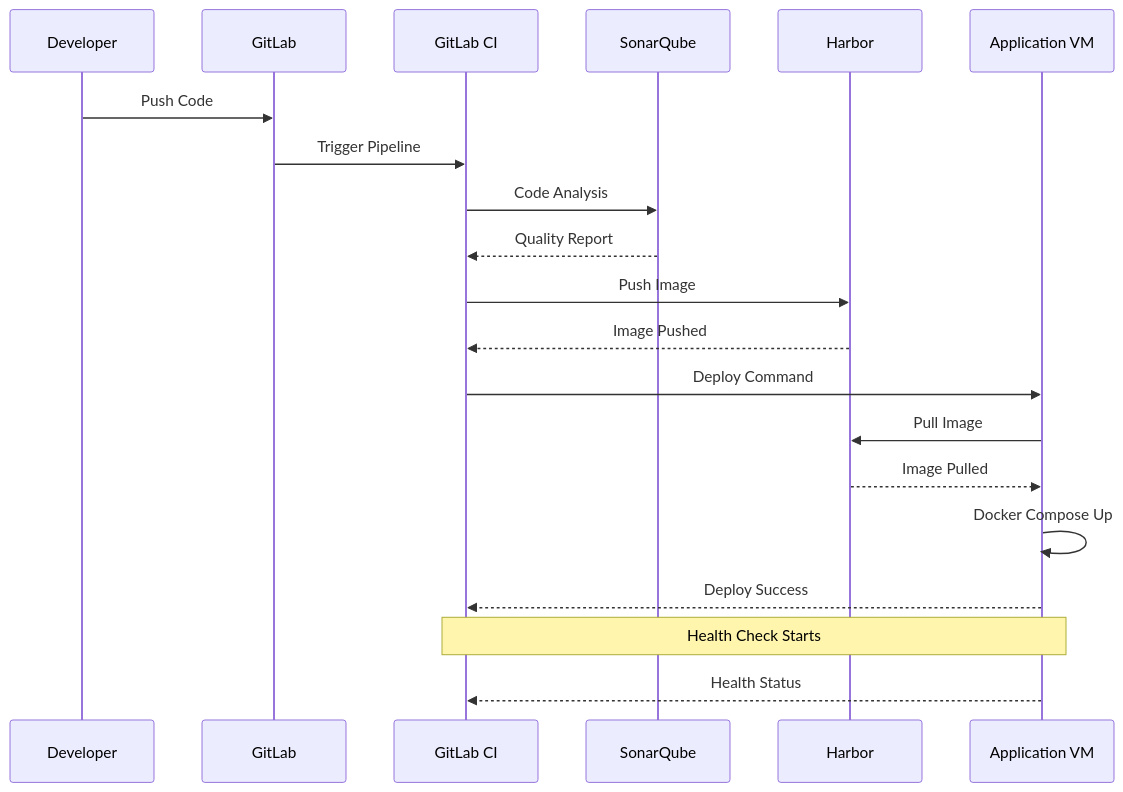
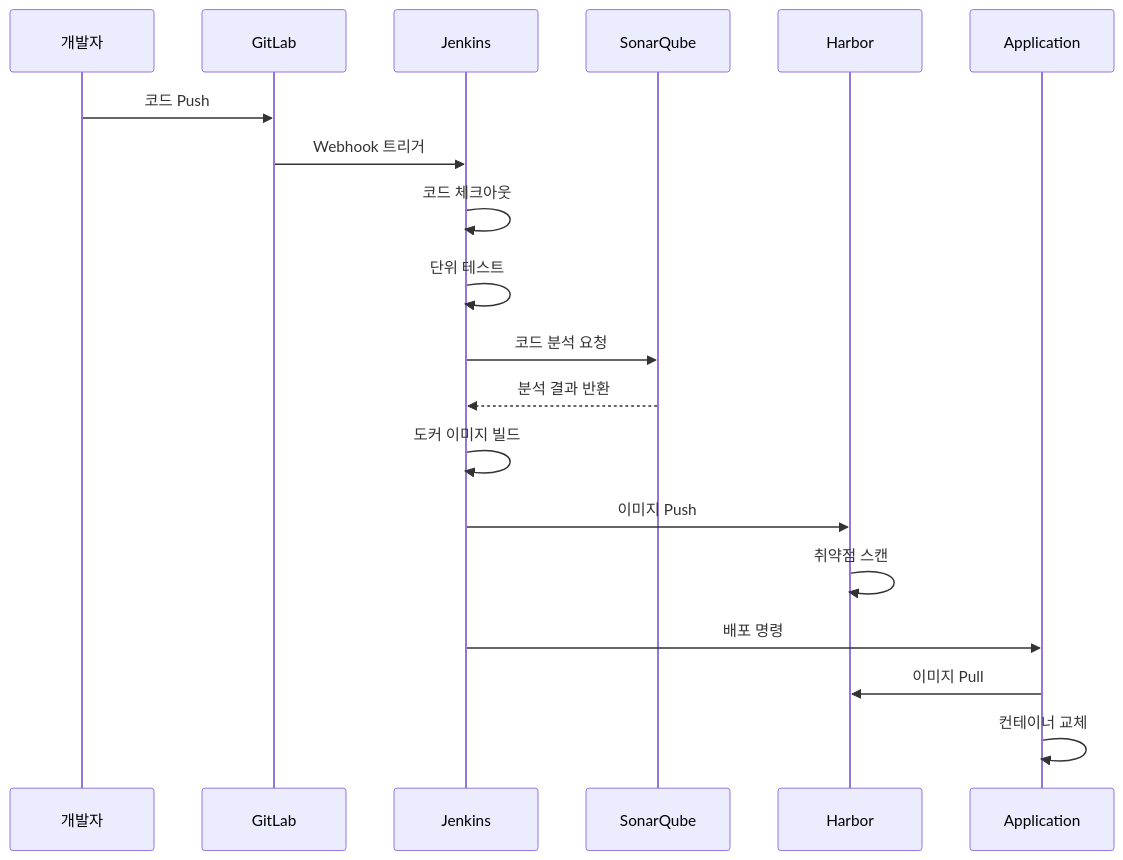
The second of 9 diagrams in docs/diagrams/cicd-pipeline.md (cnf-kunkin/docker-compose), drawn with Mermaid before and after one commit. The commit also changed other lines of this file and 57 other files, not shown here.

````diff
--- a/docs/diagrams/cicd-pipeline.md
+++ b/docs/diagrams/cicd-pipeline.md
@@ -99,23 +42,22 @@
 ```mermaid
 sequenceDiagram
-    participant Dev as Developer
+    participant Dev as 개발자
     participant Git as GitLab
-    participant CI as GitLab CI
+    participant CI as Jenkins
     participant SQ as SonarQube
-    participant HR as Harbor
-    participant App as Application VM
+    participant Reg as Harbor
+    participant App as Application
 
-    Dev->>Git: Push Code
-    Git->>CI: Trigger Pipeline
-    CI->>SQ: Code Analysis
-    SQ-->>CI: Quality Report
-    CI->>HR: Push Image
-    HR-->>CI: Image Pushed
-    CI->>App: Deploy Command
-    App->>HR: Pull Image
-    HR-->>App: Image Pulled
-    App->>App: Docker Compose Up
-    App-->>CI: Deploy Success
-    Note over CI,App: Health Check Starts
-    App-->>CI: Health Status
+    Dev->>Git: 코드 Push
+    Git->>CI: Webhook 트리거
+    CI->>CI: 코드 체크아웃
+    CI->>CI: 단위 테스트
+    CI->>SQ: 코드 분석 요청
+    SQ-->>CI: 분석 결과 반환
+    CI->>CI: 도커 이미지 빌드
+    CI->>Reg: 이미지 Push
+    Reg->>Reg: 취약점 스캔
+    CI->>App: 배포 명령
+    App->>Reg: 이미지 Pull
+    App->>App: 컨테이너 교체
 ```
````
